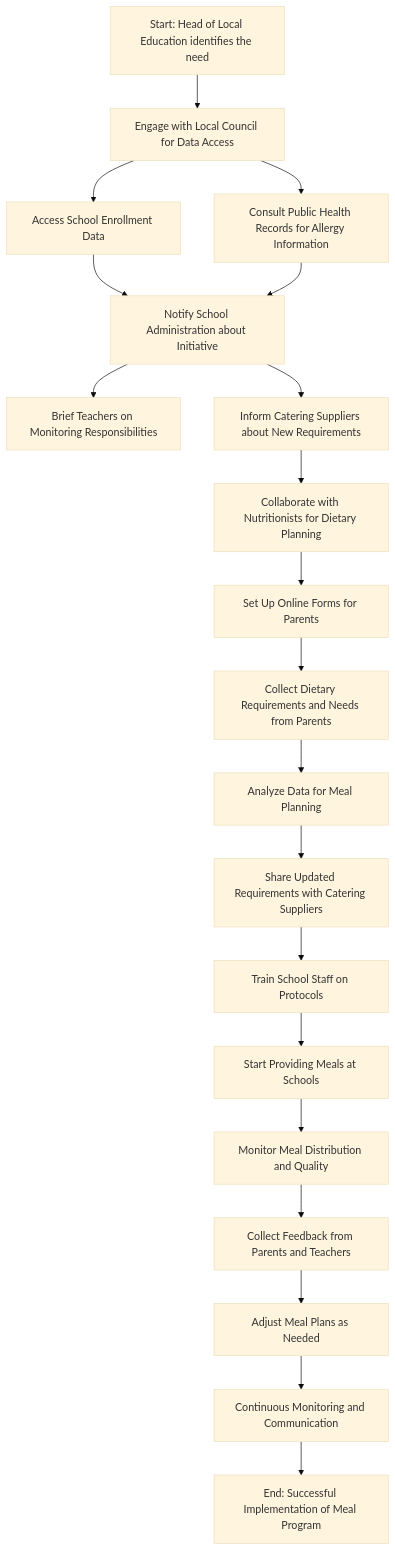
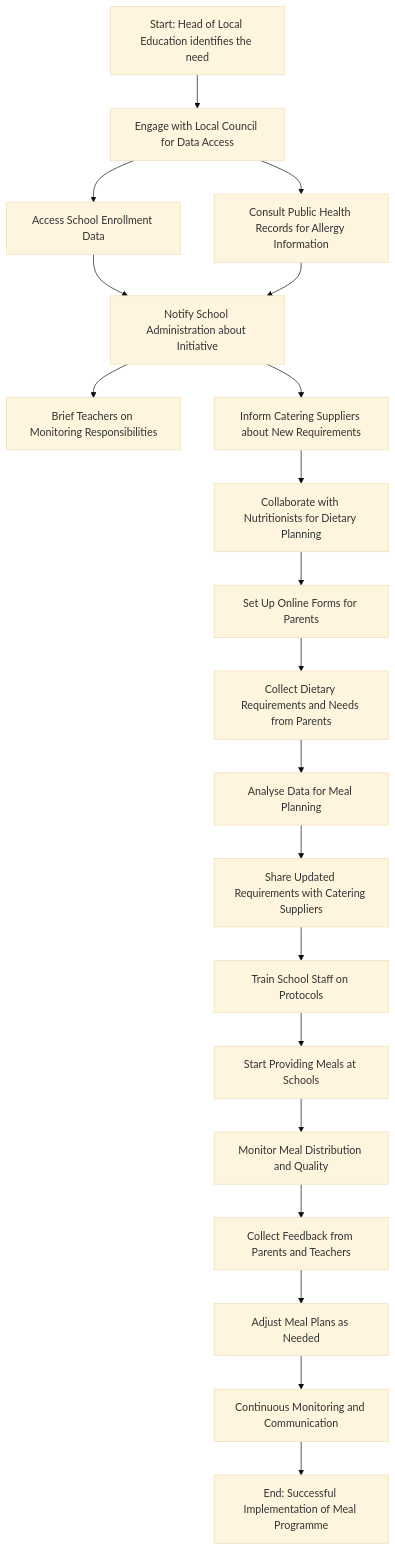
The diagram in src/begin/check-assumptions.md (co-cddo/ndx), drawn with Mermaid (base theme) before and after one commit. The commit also changed other lines of this file and 56 other files, not shown here.

````diff
--- a/src/begin/check-assumptions.md
+++ b/src/begin/check-assumptions.md
@@ -61,22 +61,22 @@
 ```mermaid
 graph TD
     A[Start: Head of Local Education identifies the need] --> B[Engage with Local Council for Data Access]
     B --> C[Access School Enrollment Data]
     B --> D[Consult Public Health Records for Allergy Information]
     C --> E[Notify School Administration about Initiative]
     D --> E
     E --> F[Brief Teachers on Monitoring Responsibilities]
     E --> G[Inform Catering Suppliers about New Requirements]
     G --> H[Collaborate with Nutritionists for Dietary Planning]
     H --> I[Set Up Online Forms for Parents]
     I --> J[Collect Dietary Requirements and Needs from Parents]
-    J --> K[Analyze Data for Meal Planning]
+    J --> K[Analyse Data for Meal Planning]
     K --> L[Share Updated Requirements with Catering Suppliers]
     L --> M[Train School Staff on Protocols]
     M --> N[Start Providing Meals at Schools]
     N --> O[Monitor Meal Distribution and Quality]
     O --> P[Collect Feedback from Parents and Teachers]
     P --> Q[Adjust Meal Plans as Needed]
     Q --> R[Continuous Monitoring and Communication]
-    R --> S[End: Successful Implementation of Meal Program]
+    R --> S[End: Successful Implementation of Meal Programme]
 ```
````
